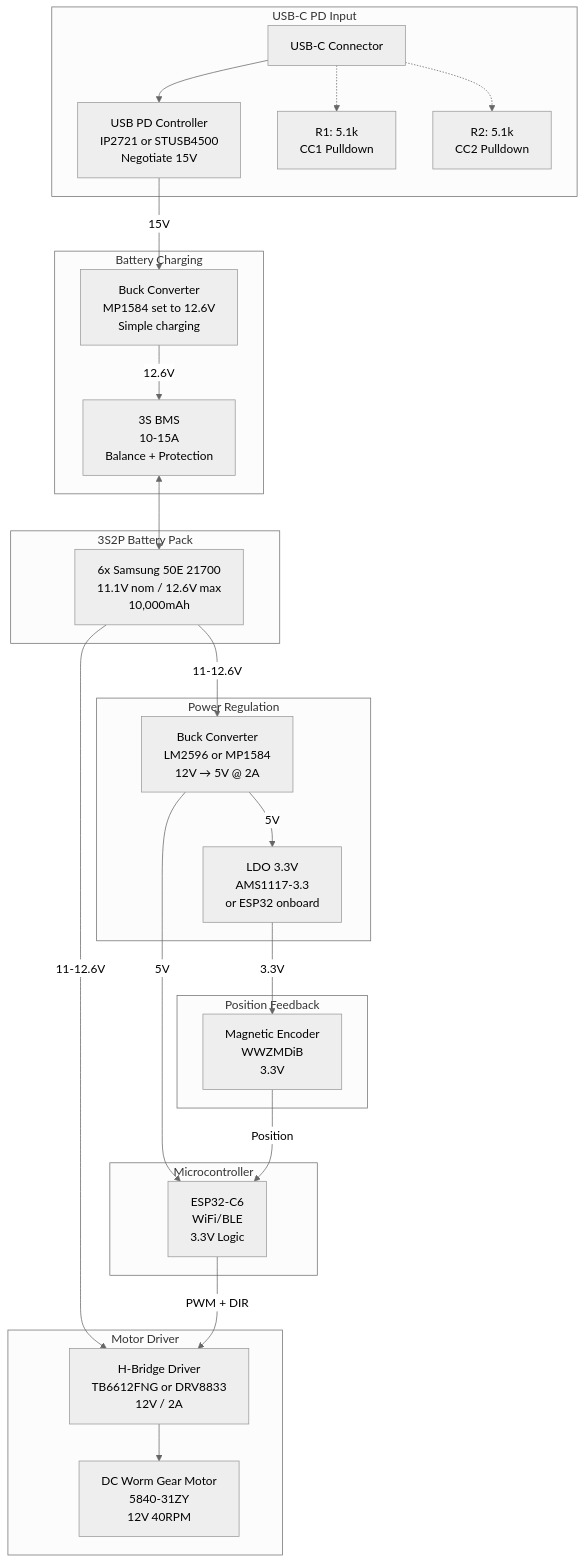
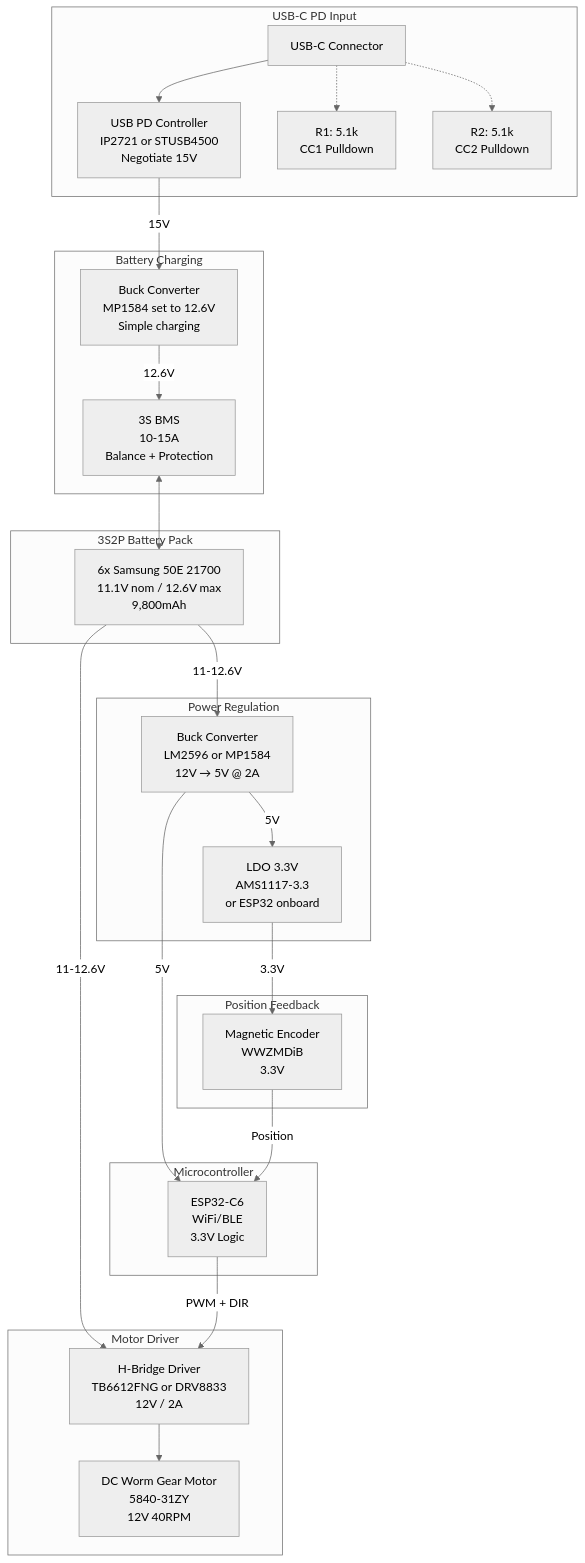
The first of 6 diagrams in docs/schematic.md (calumpwebb/motorized-blinds), drawn with Mermaid (neutral theme) before and after one commit. The commit also changed 27 other files, not shown here.

````diff
--- a/docs/schematic.md
+++ b/docs/schematic.md
@@ -5,52 +5,52 @@
 ```mermaid
 flowchart TB
     subgraph USB_INPUT["USB-C PD Input"]
         USBC[USB-C Connector]
         PD[USB PD Controller<br/>IP2721 or STUSB4500<br/>Negotiate 15V]
         CC1_R[R1: 5.1k<br/>CC1 Pulldown]
         CC2_R[R2: 5.1k<br/>CC2 Pulldown]
     end
 
     subgraph CHARGING["Battery Charging"]
         BUCK_CHG[Buck Converter<br/>MP1584 set to 12.6V<br/>Simple charging]
         BMS[3S BMS<br/>10-15A<br/>Balance + Protection]
     end
 
     subgraph BATTERY["3S2P Battery Pack"]
-        BAT["6x Samsung 50E 21700<br/>11.1V nom / 12.6V max<br/>10,000mAh"]
+        BAT["6x Samsung 50E 21700<br/>11.1V nom / 12.6V max<br/>9,800mAh"]
     end
 
     subgraph POWER_REG["Power Regulation"]
         BUCK1[Buck Converter<br/>LM2596 or MP1584<br/>12V → 5V @ 2A]
         LDO[LDO 3.3V<br/>AMS1117-3.3<br/>or ESP32 onboard]
     end
 
     subgraph MCU["Microcontroller"]
         ESP32[ESP32-C6<br/>WiFi/BLE<br/>3.3V Logic]
     end
 
     subgraph MOTOR_DRIVE["Motor Driver"]
         DRIVER[H-Bridge Driver<br/>TB6612FNG or DRV8833<br/>12V / 2A]
         MOTOR[DC Worm Gear Motor<br/>5840-31ZY<br/>12V 40RPM]
     end
 
     subgraph ENCODER["Position Feedback"]
         MAG_ENC[Magnetic Encoder<br/>WWZMDiB<br/>3.3V]
     end
 
     %% Connections
     USBC --> PD
     USBC -.-> CC1_R
     USBC -.-> CC2_R
     PD -->|15V| BUCK_CHG
     BUCK_CHG -->|12.6V| BMS
     BMS <--> BAT
     BAT -->|11-12.6V| BUCK1
     BAT -->|11-12.6V| DRIVER
     BUCK1 -->|5V| ESP32
     BUCK1 -->|5V| LDO
     LDO -->|3.3V| MAG_ENC
     ESP32 -->|PWM + DIR| DRIVER
     DRIVER --> MOTOR
     MAG_ENC -->|Position| ESP32
 ```
````
